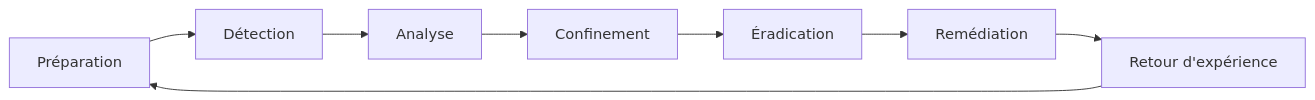
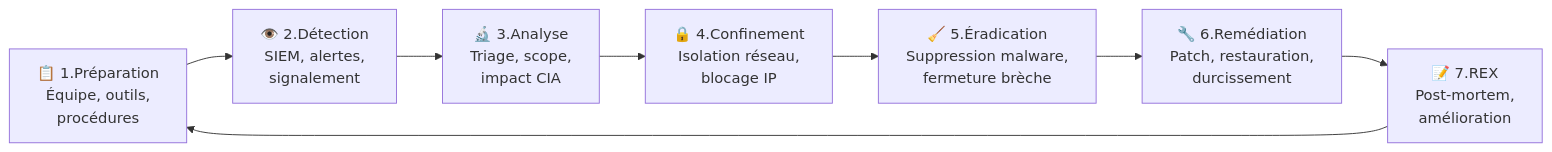
One commit to yugmerabtene/techniques-de-hacking-niveau-1 changed the second of 3 diagrams in JOUR-05.md. Above: the diagram before and after it, drawn with Mermaid. The commit also changed other lines of this file and 18 other files, not shown here.

````diff
--- a/JOUR-05.md
+++ b/JOUR-05.md
@@ -201,10 +226,10 @@
 ```mermaid
 flowchart LR
-    A[Préparation] --> B[Détection]
-    B --> C[Analyse]
-    C --> D[Confinement]
-    D --> E[Éradication]
-    E --> F[Remédiation]
-    F --> G[Retour d'expérience]
+    A["📋 1.Préparation<br/>Équipe, outils,<br/>procédures"] --> B["👁️ 2.Détection<br/>SIEM, alertes,<br/>signalement"]
+    B --> C["🔬 3.Analyse<br/>Triage, scope,<br/>impact CIA"]
+    C --> D["🔒 4.Confinement<br/>Isolation réseau,<br/>blocage IP"]
+    D --> E["🧹 5.Éradication<br/>Suppression malware,<br/>fermeture brèche"]
+    E --> F["🔧 6.Remédiation<br/>Patch, restauration,<br/>durcissement"]
+    F --> G["📝 7.REX<br/>Post-mortem,<br/>amélioration"]
     G --> A
 ```
````
